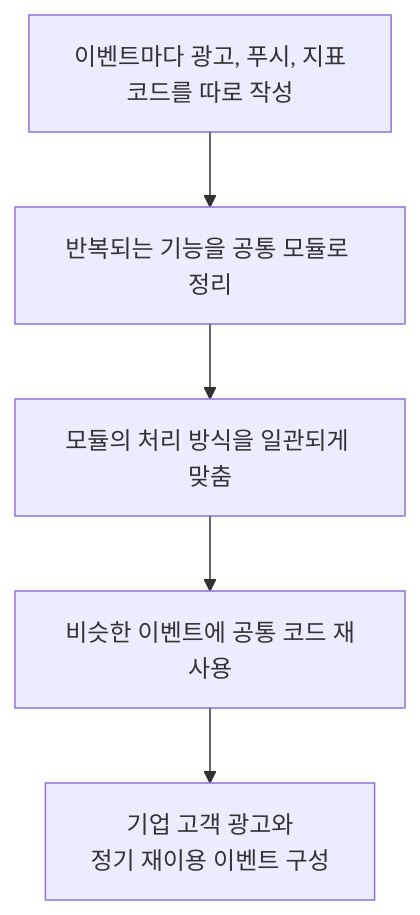
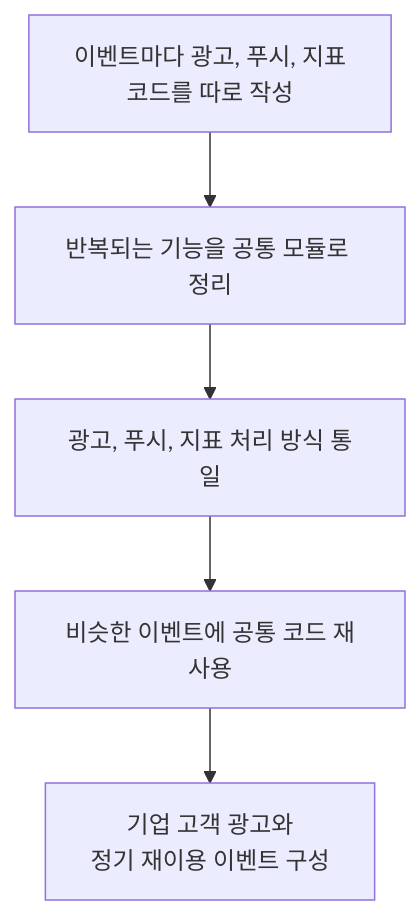
One commit to KimHG1995/work-history changed the first of 2 diagrams in projects/platform-operations/event-system.md. Above: the diagram before and after it, drawn with Mermaid.

Commit message:
docs: refine existing diagrams using documented behavior

````diff
--- a/projects/platform-operations/event-system.md
+++ b/projects/platform-operations/event-system.md
@@ -45,7 +45,7 @@
 ```mermaid
 flowchart TD
     old["이벤트마다 광고, 푸시, 지표<br/>코드를 따로 작성"] --> common["반복되는 기능을 공통 모듈로 정리"]
-    common --> rules["모듈의 처리 방식을 일관되게 맞춤"]
+    common --> rules["광고, 푸시, 지표 처리 방식 통일"]
     rules --> reuse["비슷한 이벤트에 공통 코드 재사용"]
     reuse --> event["기업 고객 광고와<br/>정기 재이용 이벤트 구성"]
 ```
````
